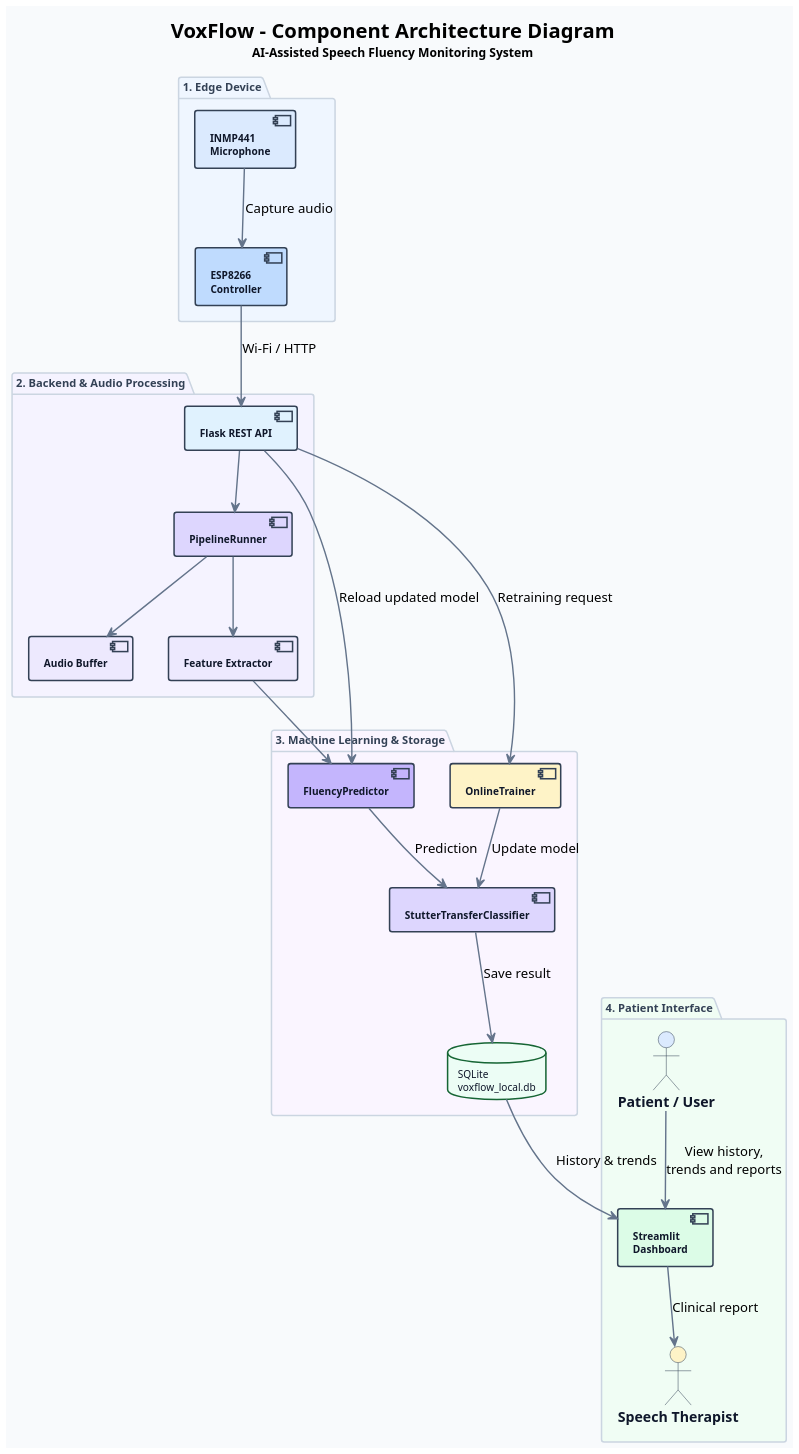
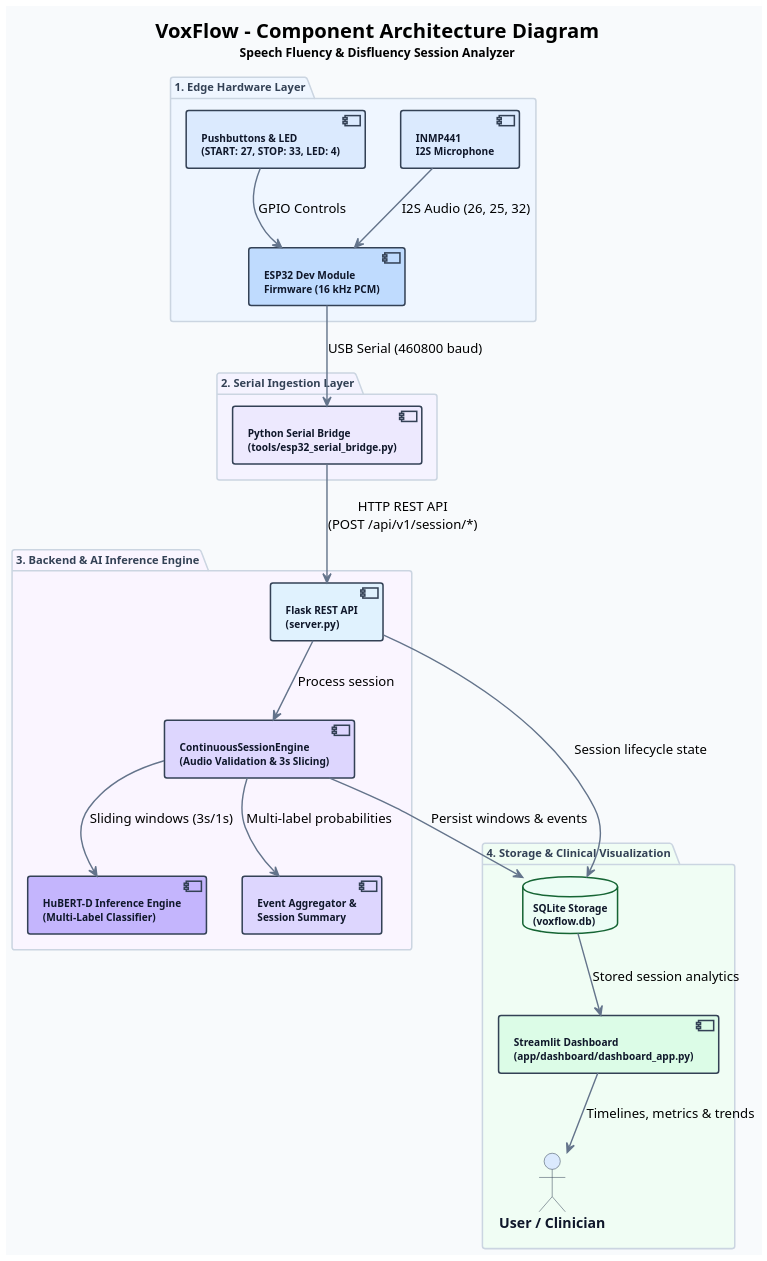
The diagram in VoxFlow_uml/VoxFlow_uml/architecture_design/08_component.puml (PetaSivaNandhanReddy/voxflow), drawn with PlantUML before and after one commit. The commit also changed 31 other files, not shown here.

Commit message:
docs: align uml architecture with final voxflow system

```diff
--- a/VoxFlow_uml/VoxFlow_uml/architecture_design/08_component.puml
+++ b/VoxFlow_uml/VoxFlow_uml/architecture_design/08_component.puml
@@ -1,105 +1,104 @@
 @startuml
-
-title <size:20><b>VoxFlow - Component Architecture Diagram</b></size>\n<size:12>AI-Assisted Speech Fluency Monitoring System</size>
+title <size:20><b>VoxFlow - Component Architecture Diagram</b></size>\n<size:12>Speech Fluency & Disfluency Session Analyzer</size>
 
 skinparam backgroundColor #F8FAFC
 skinparam shadowing false
 skinparam dpi 170
 
 skinparam component {
     BackgroundColor #FFFFFF
     BorderColor #334155
     BorderThickness 1.5
     FontColor #0F172A
     FontSize 10
     FontStyle bold
 }
 
 skinparam package {
     BackgroundColor #F8FAFC
     BorderColor #CBD5E1
     BorderThickness 1.5
     FontColor #334155
     FontSize 11
     FontStyle bold
 }
 
 skinparam database {
     BackgroundColor #ECFDF5
     BorderColor #166534
     BorderThickness 1.5
     FontColor #0F172A
     FontSize 10
+    FontStyle bold
 }
 
 skinparam actor {
     BackgroundColor #DBEAFE
     BorderColor #334155
     FontColor #0F172A
     FontStyle bold
 }
 
 skinparam ArrowColor #64748B
 skinparam ArrowThickness 1.4
 
+' =========================================================
+' 1. HARDWARE LAYER
+' =========================================================
 
-package "1. Edge Device" #EFF6FF {
+package "1. Edge Hardware Layer" #EFF6FF {
+    component "INMP441\nI2S Microphone" as Mic #DBEAFE
+    component "Pushbuttons & LED\n(START: 27, STOP: 33, LED: 4)" as Controls #DBEAFE
+    component "ESP32 Dev Module\nFirmware (16 kHz PCM)" as ESP #BFDBFE
 
-    component "INMP441\nMicrophone" as Mic #DBEAFE
-    component "ESP8266\nController" as ESP #BFDBFE
-
-    Mic --> ESP : Capture audio
+    Mic --> ESP : I2S Audio (26, 25, 32)
+    Controls --> ESP : GPIO Controls
 }
 
+' =========================================================
+' 2. INGESTION LAYER
+' =========================================================
 
-package "2. Backend & Audio Processing" #F5F3FF {
-
-    component "Flask REST API" as API #E0F2FE
-    component "PipelineRunner" as Pipeline #DDD6FE
-    component "Audio Buffer" as Buffer #EDE9FE
-    component "Feature Extractor" as Features #EDE9FE
-
-    API --> Pipeline
-    Pipeline --> Buffer
-    Pipeline --> Features
+package "2. Serial Ingestion Layer" #F5F3FF {
+    component "Python Serial Bridge\n(tools/esp32_serial_bridge.py)" as Bridge #EDE9FE
 }
 
+' =========================================================
+' 3. SESSION PROCESSING & AI ENGINE
+' =========================================================
 
-package "3. Machine Learning & Storage" #FAF5FF {
+package "3. Backend & AI Inference Engine" #FAF5FF {
+    component "Flask REST API\n(server.py)" as API #E0F2FE
+    component "ContinuousSessionEngine\n(Audio Validation & 3s Slicing)" as Engine #DDD6FE
+    component "HuBERT-D Inference Engine\n(Multi-Label Classifier)" as Model #C4B5FD
+    component "Event Aggregator &\nSession Summary" as Aggregator #DDD6FE
 
-    component "FluencyPredictor" as Predictor #C4B5FD
-    component "StutterTransferClassifier" as Model #DDD6FE
-    component "OnlineTrainer" as Trainer #FEF3C7
-
-    database "SQLite\nvoxflow_local.db" as DB
-
-    Features --> Predictor
-    Predictor --> Model : Prediction
-    Model --> DB : Save result
-
-    Trainer --> Model : Update model
+    API --> Engine : Process session
+    Engine --> Model : Sliding windows (3s/1s)
+    Engine --> Aggregator : Multi-label probabilities
 }
 
+' =========================================================
+' 4. STORAGE & VISUALIZATION
+' =========================================================
 
-package "4. Patient Interface" #F0FDF4 {
+package "4. Storage & Clinical Visualization" #F0FDF4 {
+    database "SQLite Storage\n(voxflow.db)" as DB #ECFDF5
+    component "Streamlit Dashboard\n(app/dashboard/dashboard_app.py)" as UI #DCFCE7
 
-    component "Streamlit\nDashboard" as Dashboard #DCFCE7
+    actor "User / Clinician" as User #DBEAFE
 
-    actor "Patient / User" as Patient #DBEAFE
-    actor "Speech Therapist" as Therapist #FEF3C7
-
-    Patient --> Dashboard : View history,\ntrends and reports
-    Dashboard --> Therapist : Clinical report
+    Engine --> DB : Persist windows & events
+    API --> DB : Session lifecycle state
+    DB --> UI : Stored session analytics
+    UI --> User : Timelines, metrics & trends
 }
 
+' =========================================================
+' CROSS-LAYER CONNECTIONS
+' =========================================================
 
-' Main communication path
-ESP --> API : Wi-Fi / HTTP
-DB --> Dashboard : History & trends
-
-' Retraining path
-API --> Trainer : Retraining request
-API --> Predictor : Reload updated model
-
+ESP --> Bridge : USB Serial (460800 baud)
+Bridge --> API : HTTP REST API\n(POST /api/v1/session/*)
 
 @enduml
```
